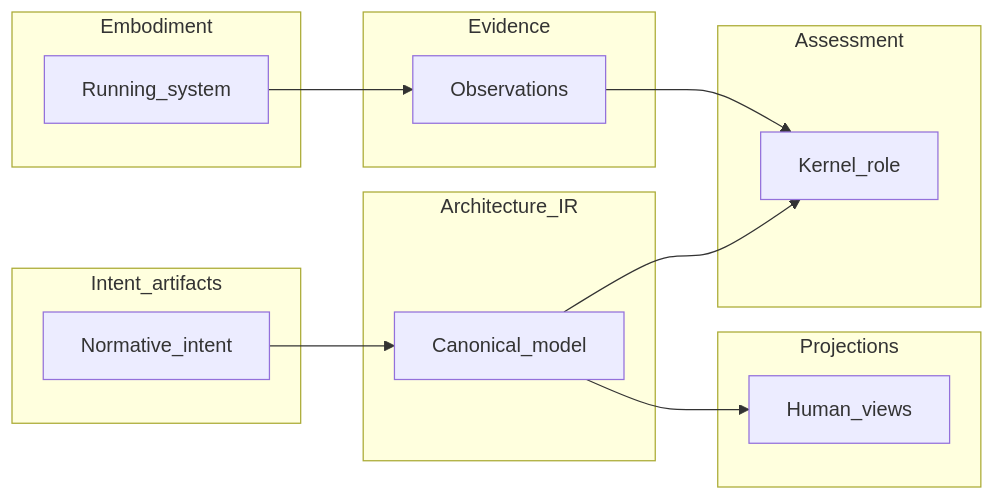
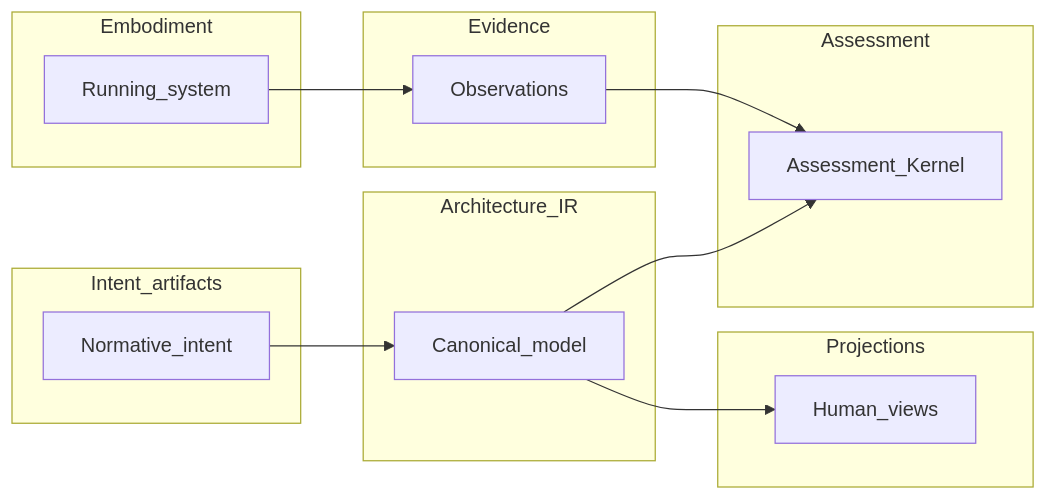
The diagram in 04-architecture-model/04-00-architecture-ir-overview.md (egallmann/ste-handbook), drawn with Mermaid before and after one commit. The commit also changed other lines of this file and 4 other files, not shown here.

First line of the commit message:
Handbook: refine Part 4 architecture model coherence and reading paths

````diff
--- a/04-architecture-model/04-00-architecture-ir-overview.md
+++ b/04-architecture-model/04-00-architecture-ir-overview.md
@@ -58,26 +58,26 @@
 ```mermaid
 flowchart LR
   subgraph intentLayer [Intent_artifacts]
     I[Normative_intent]
   end
   subgraph canonical [Architecture_IR]
     M[Canonical_model]
   end
   subgraph views [Projections]
     P[Human_views]
   end
   subgraph built [Embodiment]
     E[Running_system]
   end
   subgraph proof [Evidence]
     V[Observations]
   end
   subgraph assess [Assessment]
-    K[Kernel_role]
+    K[Assessment_Kernel]
   end
   I --> M
   M --> P
   M --> K
   E --> V
   V --> K
 ```
````
